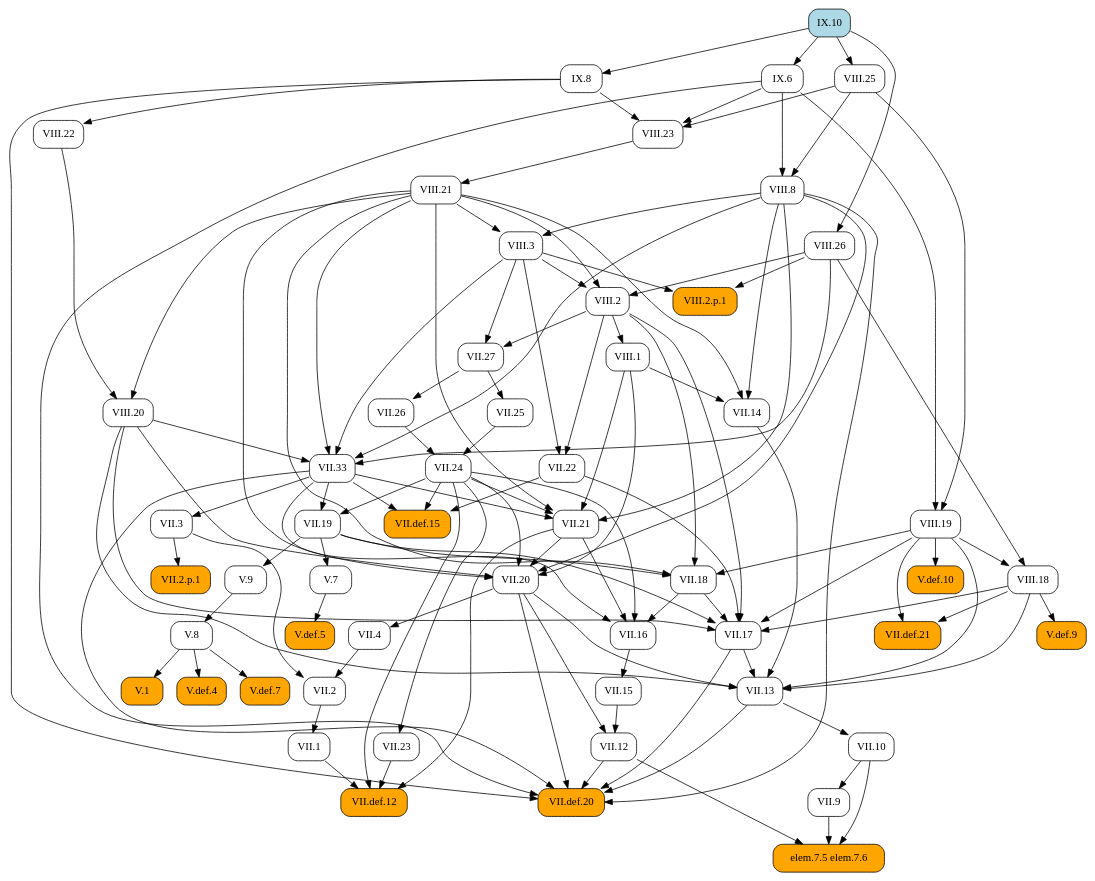
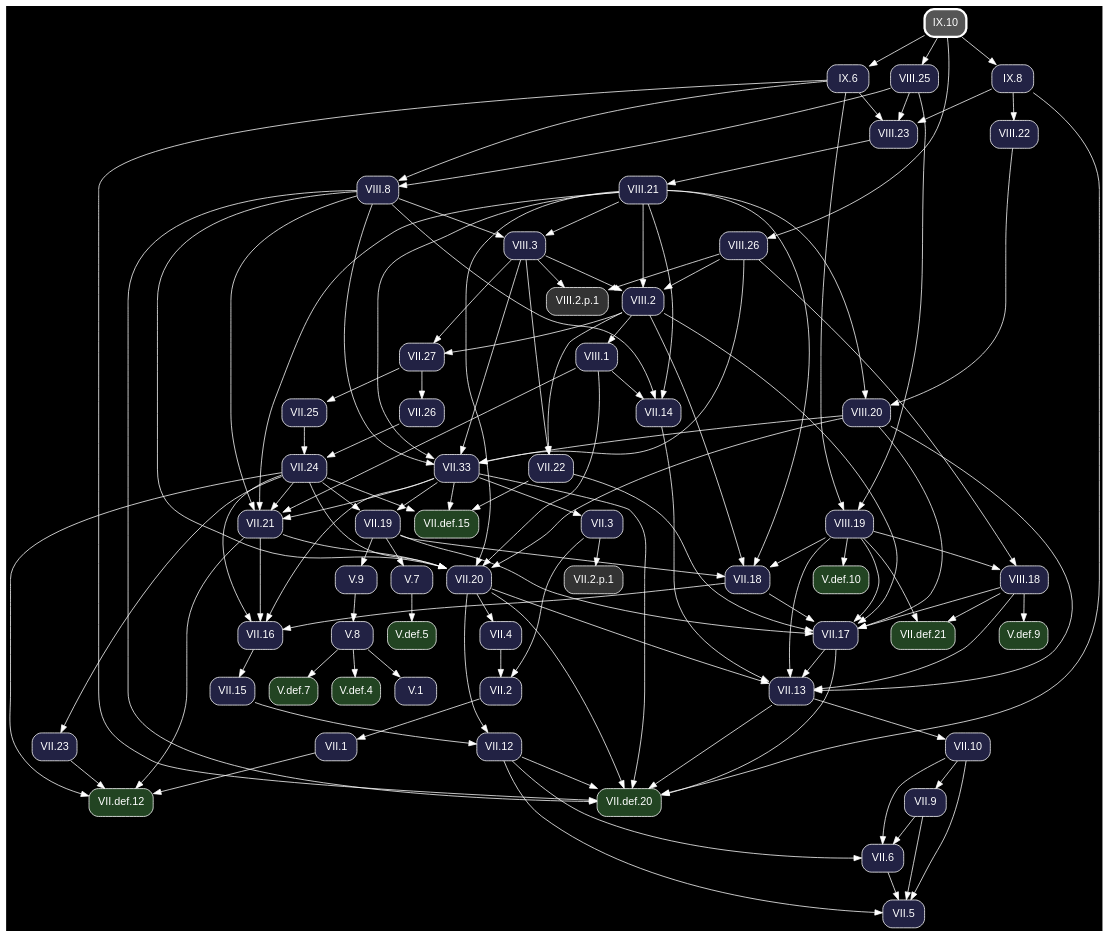
One commit to geometor/elements changed the diagram in docsrc/heath/IX/10/index.rst. Above: the diagram before and after it, drawn with Graphviz. The commit also changed other lines of this file and 1200 other files, not shown here.

Commit message:
update dependency graphs

```diff
--- a/docsrc/heath/IX/10/index.rst
+++ b/docsrc/heath/IX/10/index.rst
@@ -58,125 +58,79 @@
 .. graphviz::
 
    digraph {
+     bgcolor="black";
+     node [shape=box, style="rounded,filled", fontname="Helvetica", color="white", fontcolor="white"];
+     edge [color="white", fontcolor="white"];
      rankdir="TB";
-     node [shape=box, style=rounded];
-     "IX.8" [URL="/heath/IX/8/", target="_top"];
-     "VII.33" [URL="/heath/VII/33/", target="_top"];
-     "VII.12" [URL="/heath/VII/12/", target="_top"];
-     "elem.7.5 elem.7.6" [style="rounded,filled", fillcolor=orange];
-     "VIII.20" [URL="/heath/VIII/20/", target="_top"];
-     "VII.9" [URL="/heath/VII/9/", target="_top"];
-     "IX.10" [style="rounded,filled", fillcolor=lightblue, URL="/heath/IX/10/", target="_top"];
-     "VIII.2" [URL="/heath/VIII/2/", target="_top"];
-     "VII.18" [URL="/heath/VII/18/", target="_top"];
-     "VII.16" [URL="/heath/VII/16/", target="_top"];
-     "V.7" [URL="/heath/V/7/", target="_top"];
-     "VII.26" [URL="/heath/VII/26/", target="_top"];
-     "V.def.5" [style="rounded,filled", fillcolor=orange, URL="/heath/V/def.5/", target="_top"];
-     "V.9" [URL="/heath/V/9/", target="_top"];
-     "VIII.8" [URL="/heath/VIII/8/", target="_top"];
-     "VII.10" [URL="/heath/VII/10/", target="_top"];
-     "VIII.3" [URL="/heath/VIII/3/", target="_top"];
-     "VII.13" [URL="/heath/VII/13/", target="_top"];
-     "VIII.18" [URL="/heath/VIII/18/", target="_top"];
-     "VIII.23" [URL="/heath/VIII/23/", target="_top"];
-     "VII.def.15" [style="rounded,filled", fillcolor=orange, URL="/heath/VII/def.15/", target="_top"];
-     "VIII.19" [URL="/heath/VIII/19/", target="_top"];
-     "VII.17" [URL="/heath/VII/17/", target="_top"];
-     "VIII.2.p.1" [style="rounded,filled", fillcolor=orange];
-     "VII.19" [URL="/heath/VII/19/", target="_top"];
-     "VII.2" [URL="/heath/VII/2/", target="_top"];
-     "VII.def.20" [style="rounded,filled", fillcolor=orange, URL="/heath/VII/def.20/", target="_top"];
-     "VII.2.p.1" [style="rounded,filled", fillcolor=orange];
-     "VII.15" [URL="/heath/VII/15/", target="_top"];
-     "V.def.4" [style="rounded,filled", fillcolor=orange, URL="/heath/V/def.4/", target="_top"];
-     "VIII.25" [URL="/heath/VIII/25/", target="_top"];
-     "VIII.22" [URL="/heath/VIII/22/", target="_top"];
-     "V.def.7" [style="rounded,filled", fillcolor=orange, URL="/heath/V/def.7/", target="_top"];
-     "VIII.21" [URL="/heath/VIII/21/", target="_top"];
-     "VII.14" [URL="/heath/VII/14/", target="_top"];
-     "VII.27" [URL="/heath/VII/27/", target="_top"];
-     "VII.21" [URL="/heath/VII/21/", target="_top"];
-     "V.def.10" [style="rounded,filled", fillcolor=orange, URL="/heath/V/def.10/", target="_top"];
-     "VII.22" [URL="/heath/VII/22/", target="_top"];
-     "VIII.1" [URL="/heath/VIII/1/", target="_top"];
-     "VII.25" [URL="/heath/VII/25/", target="_top"];
-     "V.8" [URL="/heath/V/8/", target="_top"];
-     "VII.1" [URL="/heath/VII/1/", target="_top"];
-     "VII.23" [URL="/heath/VII/23/", target="_top"];
-     "VII.4" [URL="/heath/VII/4/", target="_top"];
-     "VII.20" [URL="/heath/VII/20/", target="_top"];
-     "VII.def.12" [style="rounded,filled", fillcolor=orange, URL="/heath/VII/def.12/", target="_top"];
-     "V.1" [style="rounded,filled", fillcolor=orange, URL="/heath/V/1/", target="_top"];
-     "V.def.9" [style="rounded,filled", fillcolor=orange, URL="/heath/V/def.9/", target="_top"];
-     "VII.3" [URL="/heath/VII/3/", target="_top"];
-     "VII.24" [URL="/heath/VII/24/", target="_top"];
-     "VIII.26" [URL="/heath/VIII/26/", target="_top"];
-     "VII.def.21" [style="rounded,filled", fillcolor=orange, URL="/heath/VII/def.21/", target="_top"];
-     "IX.6" [URL="/heath/IX/6/", target="_top"];
-     "IX.10" -> "IX.8";
+     "VII.33" [fillcolor="#222244", URL="/heath/VII/33/", target="_top"];
+     "V.def.5" [fillcolor="#224422", URL="/heath/V/def.5/", target="_top"];
+     "V.def.9" [fillcolor="#224422", URL="/heath/V/def.9/", target="_top"];
+     "VII.18" [fillcolor="#222244", URL="/heath/VII/18/", target="_top"];
+     "VII.2" [fillcolor="#222244", URL="/heath/VII/2/", target="_top"];
+     "VIII.26" [fillcolor="#222244", URL="/heath/VIII/26/", target="_top"];
+     "VII.def.20" [fillcolor="#224422", URL="/heath/VII/def.20/", target="_top"];
+     "VIII.8" [fillcolor="#222244", URL="/heath/VIII/8/", target="_top"];
+     "VIII.21" [fillcolor="#222244", URL="/heath/VIII/21/", target="_top"];
+     "VII.26" [fillcolor="#222244", URL="/heath/VII/26/", target="_top"];
+     "VII.1" [fillcolor="#222244", URL="/heath/VII/1/", target="_top"];
+     "VII.13" [fillcolor="#222244", URL="/heath/VII/13/", target="_top"];
+     "VIII.2.p.1" [fillcolor="#333333"];
+     "VII.27" [fillcolor="#222244", URL="/heath/VII/27/", target="_top"];
+     "VII.4" [fillcolor="#222244", URL="/heath/VII/4/", target="_top"];
+     "VII.25" [fillcolor="#222244", URL="/heath/VII/25/", target="_top"];
+     "IX.8" [fillcolor="#222244", URL="/heath/IX/8/", target="_top"];
+     "V.def.10" [fillcolor="#224422", URL="/heath/V/def.10/", target="_top"];
+     "VIII.22" [fillcolor="#222244", URL="/heath/VIII/22/", target="_top"];
+     "VIII.20" [fillcolor="#222244", URL="/heath/VIII/20/", target="_top"];
+     "VII.21" [fillcolor="#222244", URL="/heath/VII/21/", target="_top"];
+     "VII.9" [fillcolor="#222244", URL="/heath/VII/9/", target="_top"];
+     "V.7" [fillcolor="#222244", URL="/heath/V/7/", target="_top"];
+     "VII.12" [fillcolor="#222244", URL="/heath/VII/12/", target="_top"];
+     "V.9" [fillcolor="#222244", URL="/heath/V/9/", target="_top"];
+     "VII.17" [fillcolor="#222244", URL="/heath/VII/17/", target="_top"];
+     "VII.24" [fillcolor="#222244", URL="/heath/VII/24/", target="_top"];
+     "VII.22" [fillcolor="#222244", URL="/heath/VII/22/", target="_top"];
+     "VIII.2" [fillcolor="#222244", URL="/heath/VIII/2/", target="_top"];
+     "V.def.7" [fillcolor="#224422", URL="/heath/V/def.7/", target="_top"];
+     "VII.20" [fillcolor="#222244", URL="/heath/VII/20/", target="_top"];
+     "VIII.25" [fillcolor="#222244", URL="/heath/VIII/25/", target="_top"];
+     "V.def.4" [fillcolor="#224422", URL="/heath/V/def.4/", target="_top"];
+     "VIII.18" [fillcolor="#222244", URL="/heath/VIII/18/", target="_top"];
+     "IX.6" [fillcolor="#222244", URL="/heath/IX/6/", target="_top"];
+     "VII.5" [fillcolor="#222244", URL="/heath/VII/5/", target="_top"];
+     "VIII.23" [fillcolor="#222244", URL="/heath/VIII/23/", target="_top"];
+     "VII.def.15" [fillcolor="#224422", URL="/heath/VII/def.15/", target="_top"];
+     "VIII.3" [fillcolor="#222244", URL="/heath/VIII/3/", target="_top"];
+     "VII.2.p.1" [fillcolor="#333333"];
+     "VII.6" [fillcolor="#222244", URL="/heath/VII/6/", target="_top"];
+     "VII.16" [fillcolor="#222244", URL="/heath/VII/16/", target="_top"];
+     "VII.15" [fillcolor="#222244", URL="/heath/VII/15/", target="_top"];
+     "V.1" [fillcolor="#222244", URL="/heath/V/1/", target="_top"];
+     "VII.10" [fillcolor="#222244", URL="/heath/VII/10/", target="_top"];
+     "VIII.19" [fillcolor="#222244", URL="/heath/VIII/19/", target="_top"];
+     "VII.23" [fillcolor="#222244", URL="/heath/VII/23/", target="_top"];
+     "VII.def.12" [fillcolor="#224422", URL="/heath/VII/def.12/", target="_top"];
+     "VII.def.21" [fillcolor="#224422", URL="/heath/VII/def.21/", target="_top"];
+     "VII.19" [fillcolor="#222244", URL="/heath/VII/19/", target="_top"];
+     "VIII.1" [fillcolor="#222244", URL="/heath/VIII/1/", target="_top"];
+     "V.8" [fillcolor="#222244", URL="/heath/V/8/", target="_top"];
+     "IX.10" [penwidth=3, color="white", fillcolor="#555555", URL="/heath/IX/10/", target="_top"];
+     "VII.3" [fillcolor="#222244", URL="/heath/VII/3/", target="_top"];
+     "VII.14" [fillcolor="#222244", URL="/heath/VII/14/", target="_top"];
      "VIII.3" -> "VII.33";
      "VIII.8" -> "VII.33";
      "VIII.20" -> "VII.33";
      "VIII.21" -> "VII.33";
      "VIII.26" -> "VII.33";
-     "VII.15" -> "VII.12";
-     "VII.20" -> "VII.12";
-     "VII.9" -> "elem.7.5 elem.7.6";
-     "VII.10" -> "elem.7.5 elem.7.6";
-     "VII.12" -> "elem.7.5 elem.7.6";
-     "VIII.21" -> "VIII.20";
-     "VIII.22" -> "VIII.20";
-     "VII.10" -> "VII.9";
-     "VIII.3" -> "VIII.2";
-     "VIII.21" -> "VIII.2";
-     "VIII.26" -> "VIII.2";
+     "V.7" -> "V.def.5";
+     "VIII.18" -> "V.def.9";
      "VII.19" -> "VII.18";
      "VIII.2" -> "VII.18";
      "VIII.19" -> "VII.18";
      "VIII.21" -> "VII.18";
-     "VII.18" -> "VII.16";
-     "VII.21" -> "VII.16";
-     "VII.24" -> "VII.16";
-     "VII.33" -> "VII.16";
-     "VII.19" -> "V.7";
-     "VII.27" -> "VII.26";
-     "V.7" -> "V.def.5";
-     "VII.19" -> "V.9";
-     "VIII.25" -> "VIII.8";
-     "IX.6" -> "VIII.8";
-     "VII.13" -> "VII.10";
-     "VIII.8" -> "VIII.3";
-     "VIII.21" -> "VIII.3";
-     "VII.14" -> "VII.13";
-     "VII.17" -> "VII.13";
-     "VII.20" -> "VII.13";
-     "VIII.18" -> "VII.13";
-     "VIII.19" -> "VII.13";
-     "VIII.20" -> "VII.13";
-     "VIII.19" -> "VIII.18";
-     "VIII.26" -> "VIII.18";
-     "VIII.25" -> "VIII.23";
-     "IX.6" -> "VIII.23";
-     "IX.8" -> "VIII.23";
-     "VII.22" -> "VII.def.15";
-     "VII.24" -> "VII.def.15";
-     "VII.33" -> "VII.def.15";
-     "VIII.25" -> "VIII.19";
-     "IX.6" -> "VIII.19";
-     "VII.18" -> "VII.17";
-     "VII.19" -> "VII.17";
-     "VII.22" -> "VII.17";
-     "VIII.2" -> "VII.17";
-     "VIII.18" -> "VII.17";
-     "VIII.19" -> "VII.17";
-     "VIII.20" -> "VII.17";
-     "VIII.3" -> "VIII.2.p.1";
-     "VIII.26" -> "VIII.2.p.1";
-     "VII.24" -> "VII.19";
-     "VII.33" -> "VII.19";
      "VII.3" -> "VII.2";
      "VII.4" -> "VII.2";
+     "IX.10" -> "VIII.26";
      "VII.12" -> "VII.def.20";
      "VII.13" -> "VII.def.20";
      "VII.17" -> "VII.def.20";
@@ -185,49 +139,102 @@
      "VIII.8" -> "VII.def.20";
      "IX.6" -> "VII.def.20";
      "IX.8" -> "VII.def.20";
-     "VII.3" -> "VII.2.p.1";
-     "VII.16" -> "VII.15";
-     "V.8" -> "V.def.4";
-     "IX.10" -> "VIII.25";
-     "IX.8" -> "VIII.22";
-     "V.8" -> "V.def.7";
+     "VIII.25" -> "VIII.8";
+     "IX.6" -> "VIII.8";
      "VIII.23" -> "VIII.21";
-     "VIII.1" -> "VII.14";
-     "VIII.8" -> "VII.14";
-     "VIII.21" -> "VII.14";
+     "VII.27" -> "VII.26";
+     "VII.2" -> "VII.1";
+     "VII.14" -> "VII.13";
+     "VII.17" -> "VII.13";
+     "VII.20" -> "VII.13";
+     "VIII.18" -> "VII.13";
+     "VIII.19" -> "VII.13";
+     "VIII.20" -> "VII.13";
+     "VIII.3" -> "VIII.2.p.1";
+     "VIII.26" -> "VIII.2.p.1";
      "VIII.2" -> "VII.27";
      "VIII.3" -> "VII.27";
+     "VII.20" -> "VII.4";
+     "VII.27" -> "VII.25";
+     "IX.10" -> "IX.8";
+     "VIII.19" -> "V.def.10";
+     "IX.8" -> "VIII.22";
+     "VIII.21" -> "VIII.20";
+     "VIII.22" -> "VIII.20";
      "VII.24" -> "VII.21";
      "VII.33" -> "VII.21";
      "VIII.1" -> "VII.21";
      "VIII.8" -> "VII.21";
      "VIII.21" -> "VII.21";
-     "VIII.19" -> "V.def.10";
+     "VII.10" -> "VII.9";
+     "VII.19" -> "V.7";
+     "VII.15" -> "VII.12";
+     "VII.20" -> "VII.12";
+     "VII.19" -> "V.9";
+     "VII.18" -> "VII.17";
+     "VII.19" -> "VII.17";
+     "VII.22" -> "VII.17";
+     "VIII.2" -> "VII.17";
+     "VIII.18" -> "VII.17";
+     "VIII.19" -> "VII.17";
+     "VIII.20" -> "VII.17";
+     "VII.25" -> "VII.24";
+     "VII.26" -> "VII.24";
      "VIII.2" -> "VII.22";
      "VIII.3" -> "VII.22";
-     "VIII.2" -> "VIII.1";
-     "VII.27" -> "VII.25";
-     "V.9" -> "V.8";
-     "VII.2" -> "VII.1";
-     "VII.24" -> "VII.23";
-     "VII.20" -> "VII.4";
+     "VIII.3" -> "VIII.2";
+     "VIII.21" -> "VIII.2";
+     "VIII.26" -> "VIII.2";
+     "V.8" -> "V.def.7";
      "VII.21" -> "VII.20";
      "VII.24" -> "VII.20";
      "VIII.1" -> "VII.20";
      "VIII.8" -> "VII.20";
      "VIII.20" -> "VII.20";
      "VIII.21" -> "VII.20";
+     "IX.10" -> "VIII.25";
+     "V.8" -> "V.def.4";
+     "VIII.19" -> "VIII.18";
+     "VIII.26" -> "VIII.18";
+     "IX.10" -> "IX.6";
+     "VII.6" -> "VII.5";
+     "VII.9" -> "VII.5";
+     "VII.10" -> "VII.5";
+     "VII.12" -> "VII.5";
+     "VIII.25" -> "VIII.23";
+     "IX.6" -> "VIII.23";
+     "IX.8" -> "VIII.23";
+     "VII.22" -> "VII.def.15";
+     "VII.24" -> "VII.def.15";
+     "VII.33" -> "VII.def.15";
+     "VIII.8" -> "VIII.3";
+     "VIII.21" -> "VIII.3";
+     "VII.3" -> "VII.2.p.1";
+     "VII.9" -> "VII.6";
+     "VII.10" -> "VII.6";
+     "VII.12" -> "VII.6";
+     "VII.18" -> "VII.16";
+     "VII.21" -> "VII.16";
+     "VII.24" -> "VII.16";
+     "VII.33" -> "VII.16";
+     "VII.16" -> "VII.15";
+     "V.8" -> "V.1";
+     "VII.13" -> "VII.10";
+     "VIII.25" -> "VIII.19";
+     "IX.6" -> "VIII.19";
+     "VII.24" -> "VII.23";
      "VII.1" -> "VII.def.12";
      "VII.21" -> "VII.def.12";
      "VII.23" -> "VII.def.12";
      "VII.24" -> "VII.def.12";
-     "V.8" -> "V.1";
-     "VIII.18" -> "V.def.9";
-     "VII.33" -> "VII.3";
-     "VII.25" -> "VII.24";
-     "VII.26" -> "VII.24";
-     "IX.10" -> "VIII.26";
      "VIII.18" -> "VII.def.21";
      "VIII.19" -> "VII.def.21";
-     "IX.10" -> "IX.6";
+     "VII.24" -> "VII.19";
+     "VII.33" -> "VII.19";
+     "VIII.2" -> "VIII.1";
+     "V.9" -> "V.8";
+     "VII.33" -> "VII.3";
+     "VIII.1" -> "VII.14";
+     "VIII.8" -> "VII.14";
+     "VIII.21" -> "VII.14";
    }
```
